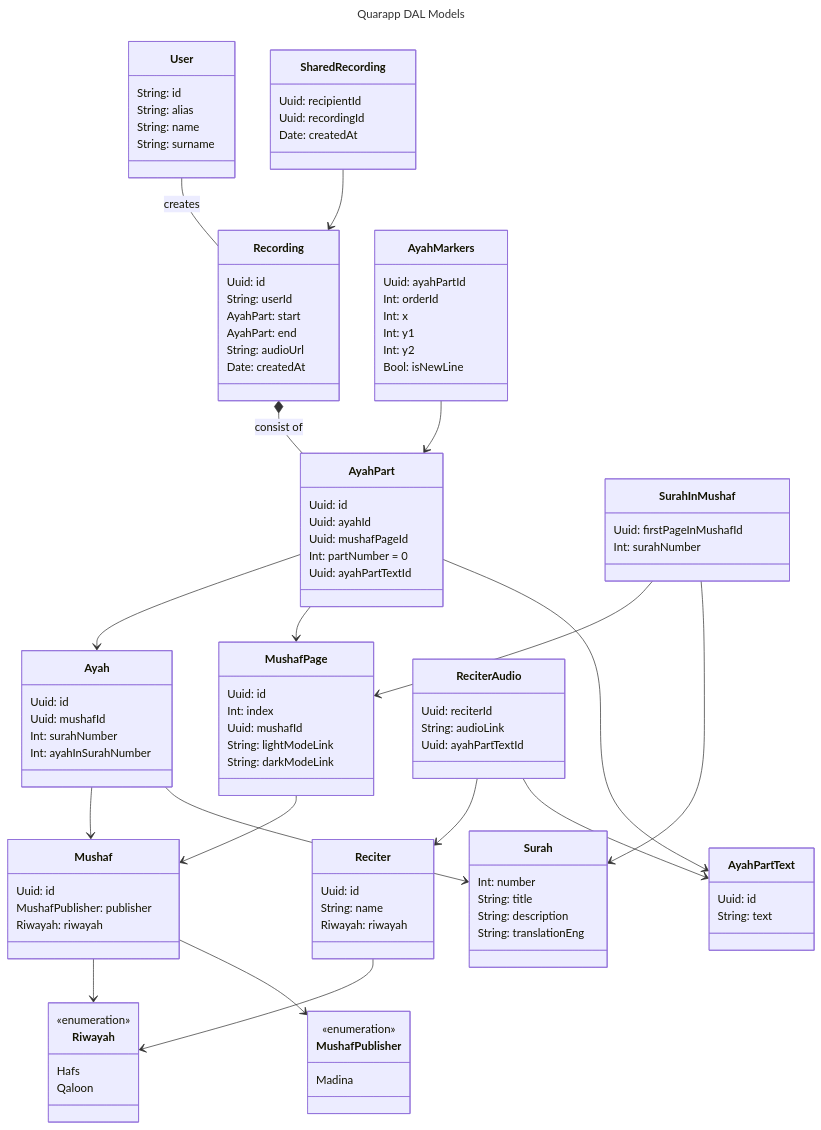
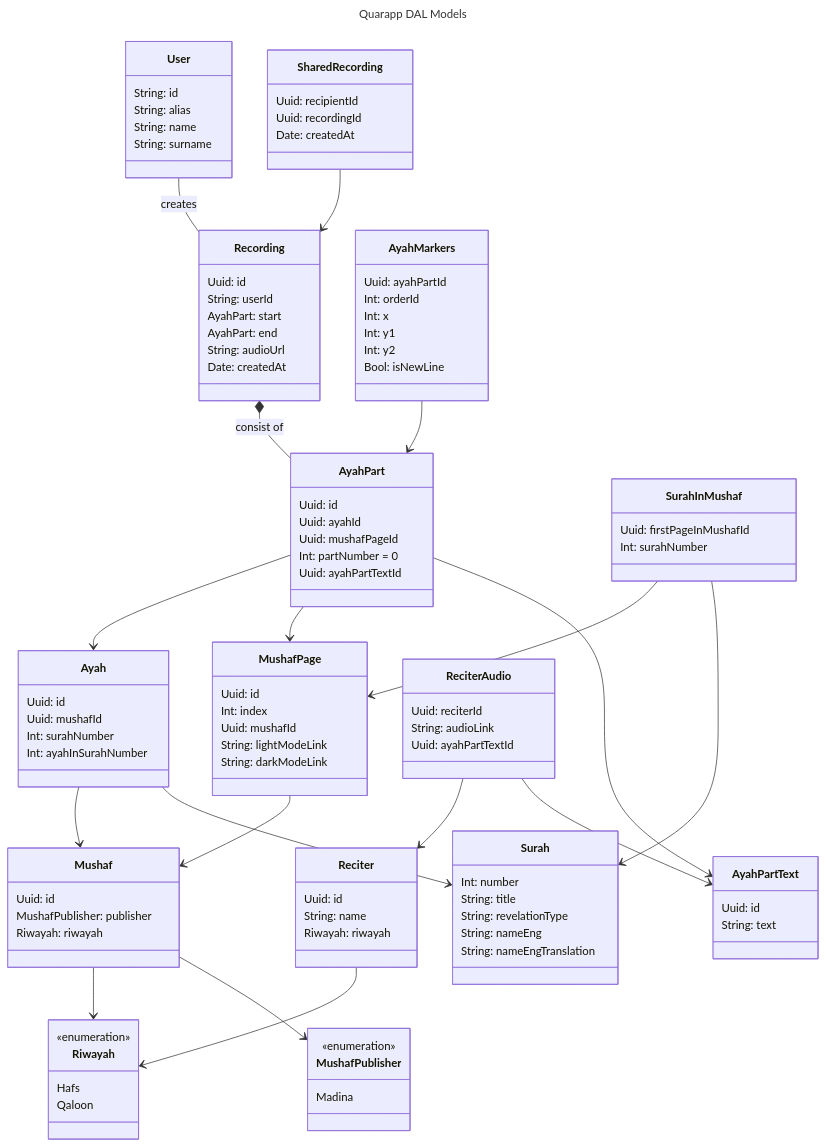
Before and after one commit to CrowdsourcingApps/QuaranApp_Backend: the diagram in models_mvp_v2.mmd, drawn with Mermaid.

Commit message:
Samll update

```diff
--- a/models_mvp_v2.mmd
+++ b/models_mvp_v2.mmd
@@ -1,106 +1,107 @@
 ---
 title: Quarapp DAL Models
 ---
 classDiagram
 class Riwayah {
     <<enumeration>>
     Hafs
     Qaloon
 }
 class MushafPublisher {
     <<enumeration>>
     Madina
 }
 class User {
     String: id
     String: alias
     String: name
     String: surname
 }
 class Mushaf {
     Uuid: id
     MushafPublisher: publisher
     Riwayah: riwayah
 }
 class Surah {
     Int: number
     String: title
-    String: description
-    String: translationEng
+    String: revelationType
+    String: nameEng
+    String: nameEngTranslation
 }
 class MushafPage {
     Uuid: id
     Int: index
     Uuid: mushafId
     String: lightModeLink
     String: darkModeLink
 }
 class Ayah {
     Uuid: id
     Uuid: mushafId
     Int: surahNumber
     Int: ayahInSurahNumber
 }
 class AyahPart {
     Uuid: id
     Uuid: ayahId
     Uuid: mushafPageId
     Int: partNumber = 0
     Uuid: ayahPartTextId
 }
 class SurahInMushaf {
     Uuid: firstPageInMushafId
     Int: surahNumber
 }
 class Recording {
     Uuid: id
     String: userId
     AyahPart: start
     AyahPart: end 
     String: audioUrl
     Date: createdAt
 }
 class SharedRecording {
     Uuid: recipientId
     Uuid: recordingId
     Date: createdAt
 }
 class AyahMarkers {
     Uuid: ayahPartId
     Int: orderId
     Int: x
     Int: y1
     Int: y2
     Bool: isNewLine
 }
 class Reciter {
     Uuid: id
     String: name
     Riwayah: riwayah
 }
 class ReciterAudio {
     Uuid: reciterId
     String: audioLink
     Uuid: ayahPartTextId
 }
 class AyahPartText {
     Uuid: id
     String: text
 }
 Recording *-- AyahPart: consist of
 User -- Recording: creates
 AyahPart --> Ayah
 AyahPart --> MushafPage
 AyahPart --> AyahPartText
 Ayah --> Mushaf
 Mushaf --> Riwayah
 Mushaf --> MushafPublisher
 SharedRecording --> Recording
 AyahMarkers --> AyahPart
 MushafPage --> Mushaf
 SurahInMushaf --> MushafPage
 SurahInMushaf --> Surah
 Reciter --> Riwayah
 ReciterAudio --> Reciter
 ReciterAudio --> AyahPartText
 Ayah --> Surah
```
